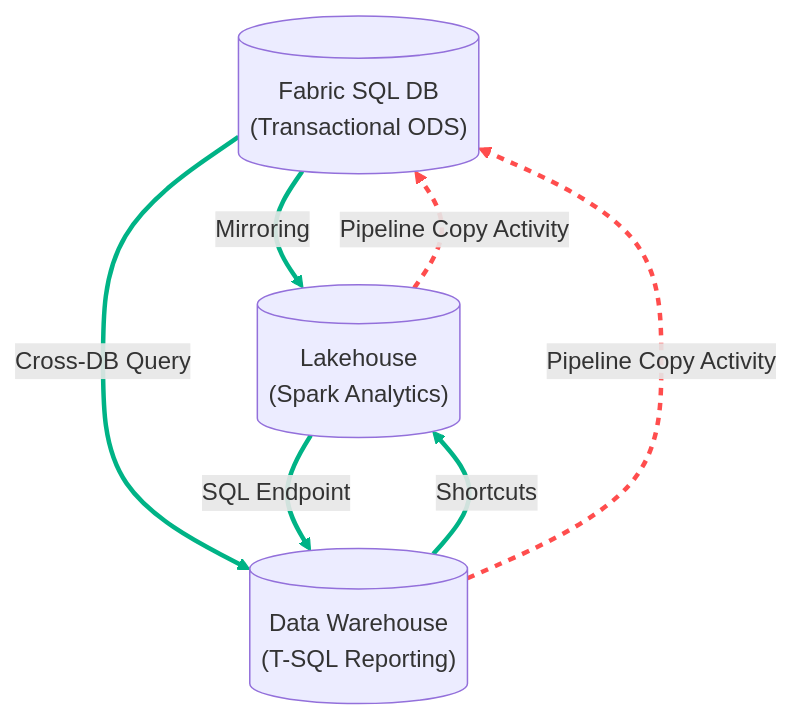
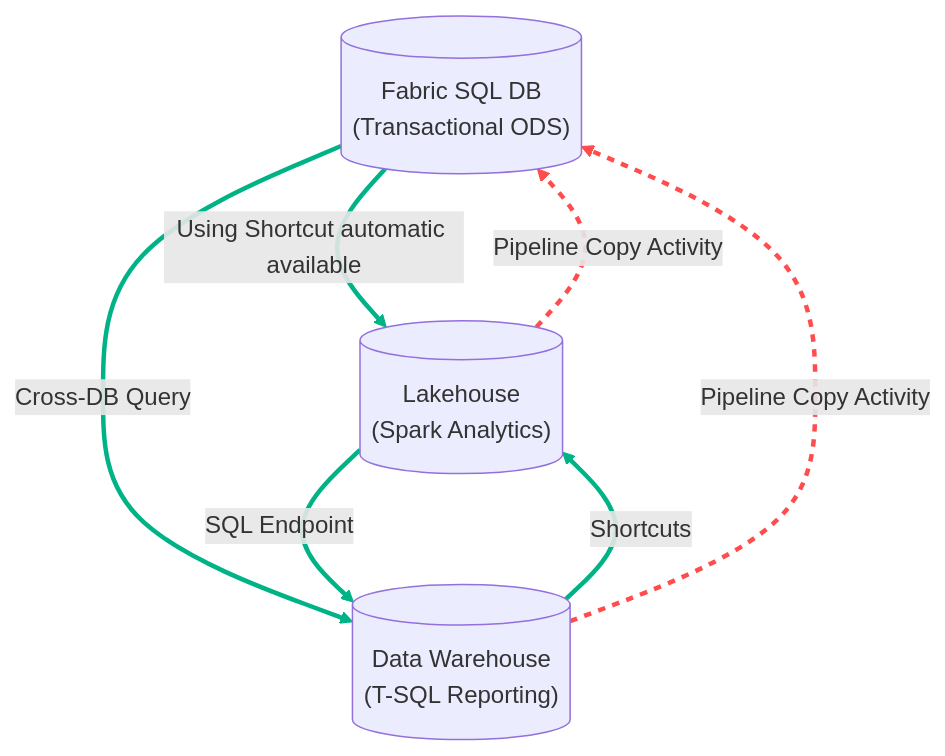
One commit to TathagatGitHub/ai102 changed the diagram in diagrams/architecture.md. Above: the diagram before and after it, drawn with Mermaid. The commit also changed 17 other files, not shown here.

````diff
--- a/diagrams/architecture.md
+++ b/diagrams/architecture.md
@@ -1,32 +1,32 @@
 ```mermaid
 graph TD
     %% Nodes
     SQLDB[("Fabric SQL DB<br>(Transactional ODS)")]
     LH[("Lakehouse<br>(Spark Analytics)")]
     DW[("Data Warehouse<br>(T-SQL Reporting)")]
 
     %% 1. SQL DB -> Lakehouse (Mirroring)
-    SQLDB -->|Mirroring| LH
+    SQLDB -->|Using Shortcut automatic available| LH
 
     %% 2. SQL DB -> Warehouse (Cross-DB Query)
     SQLDB -->|Cross-DB Query| DW
 
     %% 3. Lakehouse -> Warehouse (SQL Endpoint)
     LH -->|SQL Endpoint| DW
 
     %% 4. Warehouse -> Lakehouse (Shortcuts)
     DW -->|Shortcuts| LH
 
     %% 5. Lakehouse -> SQL DB (Pipeline)
     LH -.->|Pipeline Copy Activity| SQLDB
 
     %% 6. Warehouse -> SQL DB (Pipeline)
     DW -.->|Pipeline Copy Activity| SQLDB
 
     %% Styling
     classDef zeroCopy fill:#e6fffa,stroke:#00b386,stroke-width:2px;
     classDef physicalCopy fill:#fff5f5,stroke:#ff4d4d,stroke-width:2px,stroke-dasharray: 5 5;
     
     linkStyle 0,1,2,3 stroke:#00b386,stroke-width:3px;
     linkStyle 4,5 stroke:#ff4d4d,stroke-width:3px,stroke-dasharray: 5 5;
 ```
````
